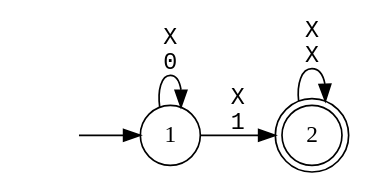
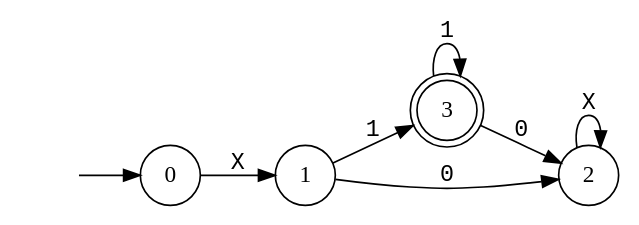
The diagram in ltlf2dfa/automa.dot (bishwamittra/LEXR), drawn with Graphviz before and after one commit. The commit also changed 467 other files, not shown here.

```diff
--- a/ltlf2dfa/automa.dot
+++ b/ltlf2dfa/automa.dot
@@ -1,17 +1,19 @@
+
 digraph MONA_DFA {
-rankdir = LR;
-center = true;
-size = "7.5,10.5";
-edge [fontname = Courier];
-node [height = 0.5, width = 0.5];
-node [shape = doublecircle];
-2;
-node [shape = circle];
-1;
-node [shape = box];
-init [shape = plaintext, label = ""];
-1 -> 1 [label = "X\n0"];
-1 -> 2 [label = "X\n1"];
-2 -> 2 [label = "X\nX"];
-init -> 1;
+ rankdir = LR;
+ center = true;
+ size = "7.5,10.5";
+ edge [fontname = Courier];
+ node [height = .5, width = .5];
+ node [shape = doublecircle]; 3;
+ node [shape = circle]; 0; 1; 2;
+ node [shape = box];
+ init [shape = plaintext, label = ""];
+ init -> 0;
+ 0 -> 1 [label="X"];
+ 1 -> 2 [label="0"];
+ 1 -> 3 [label="1"];
+ 2 -> 2 [label="X"];
+ 3 -> 2 [label="0"];
+ 3 -> 3 [label="1"];
 }
```
